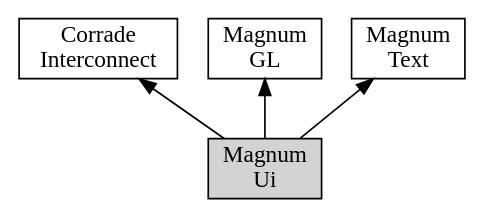
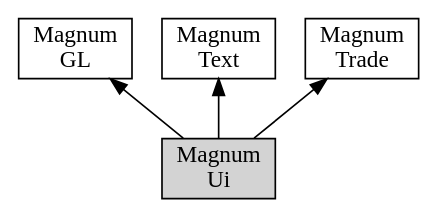
One commit to mosra/magnum-extras changed the diagram in doc/custom-buildsystems-extras-order.dot. Above: the diagram before and after it, drawn with Graphviz. The commit also changed 1 other file, not shown here.

Commit message:
Ui: remove all traces of Corrade::Interconnect dependency.
Good riddance.

```diff
--- a/doc/custom-buildsystems-extras-order.dot
+++ b/doc/custom-buildsystems-extras-order.dot
@@ -1,42 +1,42 @@
 /*
     This file is part of Magnum.
 
     Copyright © 2010, 2011, 2012, 2013, 2014, 2015, 2016, 2017, 2018, 2019,
                 2020, 2021, 2022, 2023 Vladimír Vondruš <mosra@centrum.cz>
 
     Permission is hereby granted, free of charge, to any person obtaining a
     copy of this software and associated documentation files (the "Software"),
     to deal in the Software without restriction, including without limitation
     the rights to use, copy, modify, merge, publish, distribute, sublicense,
     and/or sell copies of the Software, and to permit persons to whom the
     Software is furnished to do so, subject to the following conditions:
 
     The above copyright notice and this permission notice shall be included
     in all copies or substantial portions of the Software.
 
     THE SOFTWARE IS PROVIDED "AS IS", WITHOUT WARRANTY OF ANY KIND, EXPRESS OR
     IMPLIED, INCLUDING BUT NOT LIMITED TO THE WARRANTIES OF MERCHANTABILITY,
     FITNESS FOR A PARTICULAR PURPOSE AND NONINFRINGEMENT. IN NO EVENT SHALL
     THE AUTHORS OR COPYRIGHT HOLDERS BE LIABLE FOR ANY CLAIM, DAMAGES OR OTHER
     LIABILITY, WHETHER IN AN ACTION OF CONTRACT, TORT OR OTHERWISE, ARISING
     FROM, OUT OF OR IN CONNECTION WITH THE SOFTWARE OR THE USE OR OTHER
     DEALINGS IN THE SOFTWARE.
 */
 
 digraph "Magnum Extras dependency order" {
     rankdir=BT
     ranksep=0.5
     node [style=filled shape=rect margin="0.03,0.03"]
 
-    CorradeInterconnect [style=solid label="Corrade\nInterconnect" class="m-info"]
     MagnumGL [style=solid label="Magnum\nGL" class="m-info"]
     MagnumText [style=solid label="Magnum\nText" class="m-info"]
+    MagnumTrade [style=solid label="Magnum\nTrade" class="m-info"]
 
-    {rank=same CorradeInterconnect MagnumGL MagnumText}
+    {rank=same MagnumGL MagnumText MagnumTrade}
 
     MagnumUi [label="Magnum\nUi" class="m-info"]
 
-    MagnumUi -> CorradeInterconnect
     MagnumUi -> MagnumGL
     MagnumUi -> MagnumText
+    MagnumUi -> MagnumTrade
 }
```
